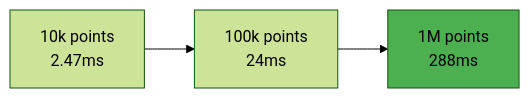
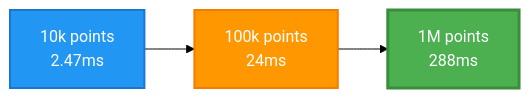
The first of 6 diagrams in docs/benchmarks.md (Pablo997/pulsardb), drawn with Mermaid (forest theme) before and after one commit. The commit also changed other lines of this file and 2 other files, not shown here.

Commit message:
Update README and documentation with enhanced performance metrics, including write/query throughput and memory efficiency. Add performance optimizations to the README and adjust roadmap completion date to November 2025.

````diff
--- a/docs/benchmarks.md
+++ b/docs/benchmarks.md
@@ -183,6 +183,8 @@
 ```mermaid
 graph LR
     A[10k points<br/>2.47ms] --> B[100k points<br/>24ms]
     B --> C[1M points<br/>288ms]
-    style C fill:#4CAF50
+    style A fill:#2196F3,stroke:#1976D2,stroke-width:2px,color:#fff
+    style B fill:#FF9800,stroke:#F57C00,stroke-width:2px,color:#fff
+    style C fill:#4CAF50,stroke:#388E3C,stroke-width:3px,color:#fff
 ```
````
